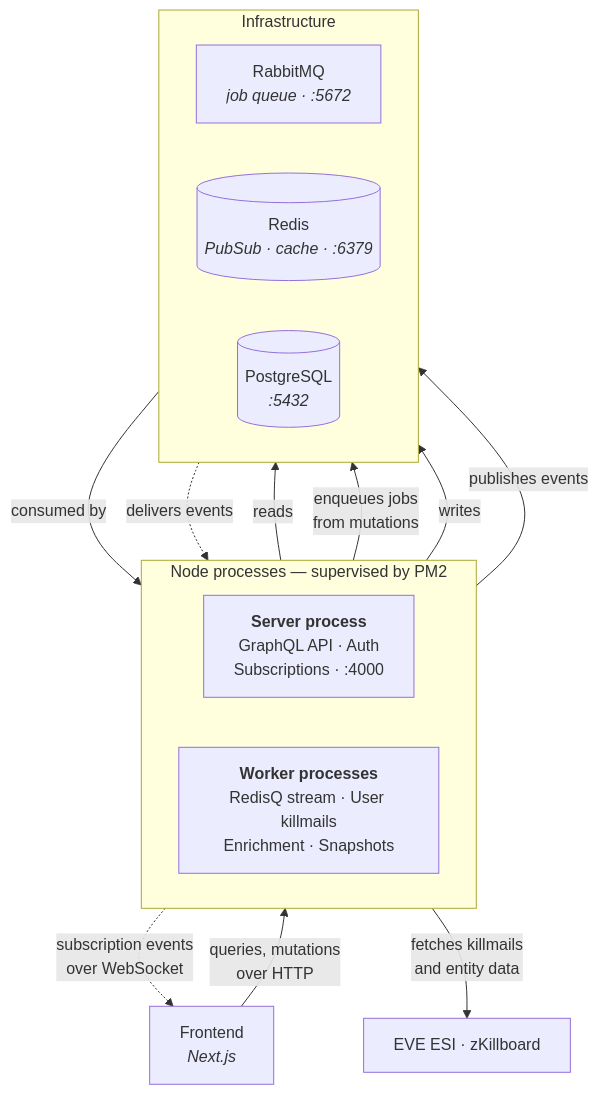
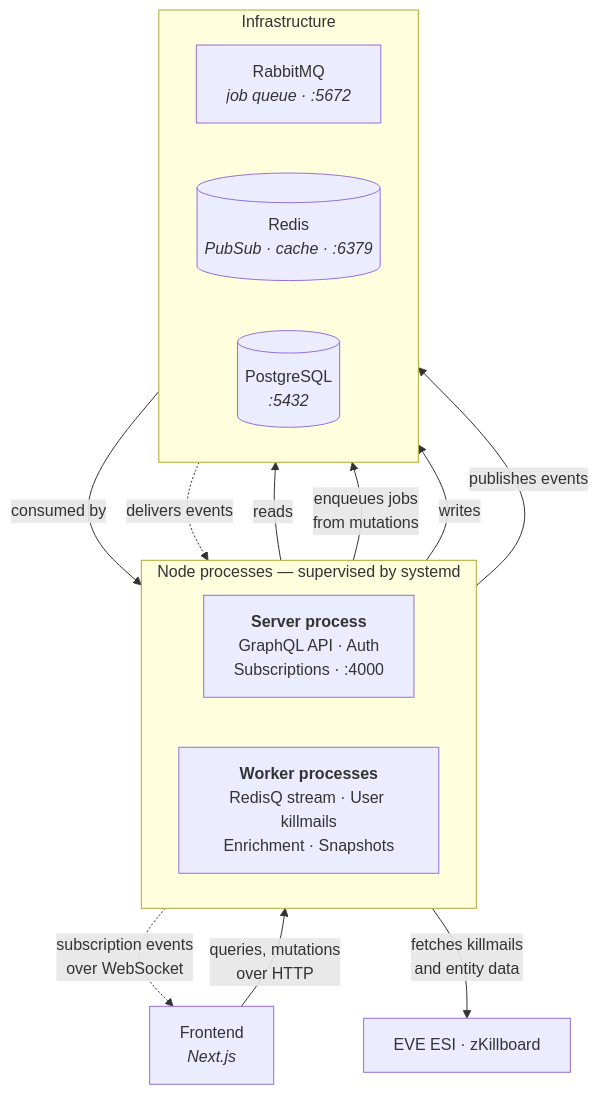
Before and after one commit to umutyerebakmaz/killreport: the first of 2 diagrams in backend/docs/architecture.md, drawn with Mermaid. The commit also changed 90 other files, not shown here.

````diff
--- a/backend/docs/architecture.md
+++ b/backend/docs/architecture.md
@@ -7,32 +7,32 @@
 ```mermaid
 flowchart TB
     Client["Frontend<br/><i>Next.js</i>"]
 
-    subgraph procs["Node processes — supervised by PM2"]
+    subgraph procs["Node processes — supervised by systemd"]
         direction LR
         Server["<b>Server process</b><br/>GraphQL API · Auth<br/>Subscriptions · :4000"]
         Workers["<b>Worker processes</b><br/>RedisQ stream · User killmails<br/>Enrichment · Snapshots"]
     end
 
     subgraph infra["Infrastructure"]
         direction LR
         Rabbit["RabbitMQ<br/><i>job queue · :5672</i>"]
         Redis[("Redis<br/><i>PubSub · cache · :6379</i>")]
         Postgres[("PostgreSQL<br/><i>:5432</i>")]
     end
 
     External["EVE ESI · zKillboard"]
 
     Client -->|"queries, mutations<br/>over HTTP"| Server
     Server -.->|"subscription events<br/>over WebSocket"| Client
 
     Server -->|"reads"| Postgres
     Server -->|"enqueues jobs<br/>from mutations"| Rabbit
 
     Rabbit -->|"consumed by"| Workers
     Workers -->|"fetches killmails<br/>and entity data"| External
     Workers -->|"writes"| Postgres
 
     Workers -->|"publishes events"| Redis
     Redis -.->|"delivers events"| Server
 ```
````
